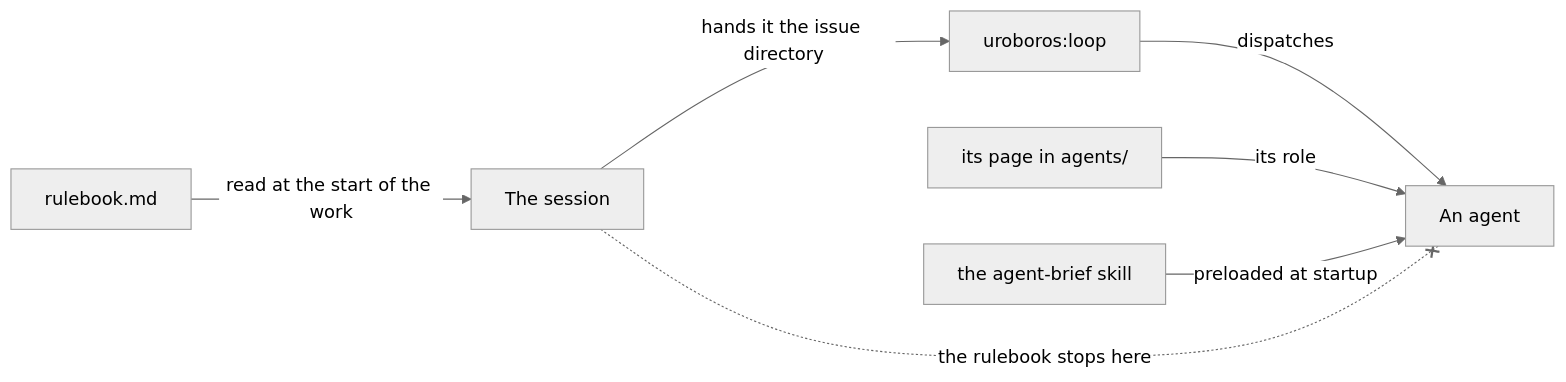
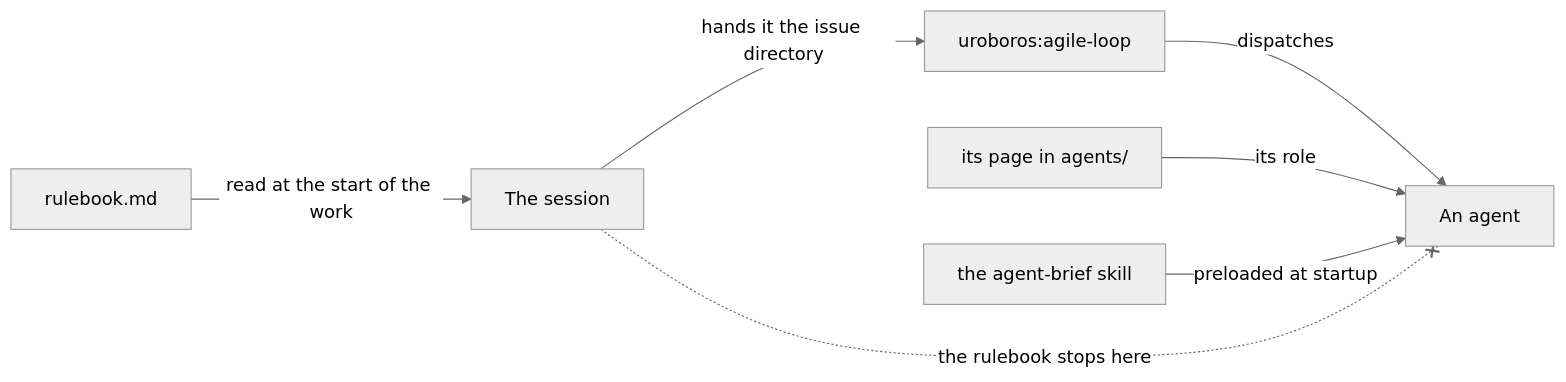
Before and after one commit to artkoenig/athena: the third of 4 diagrams in README.md, drawn with Mermaid (neutral theme). The commit also changed other lines of this file and 10 other files, not shown here.

````diff
--- a/README.md
+++ b/README.md
@@ -177,9 +177,9 @@
 ```mermaid
 flowchart LR
     RB["rulebook.md"] -->|"read at the start of the work"| S["The session"]
-    S -->|"hands it the issue directory"| WF["uroboros:loop"]
+    S -->|"hands it the issue directory"| WF["uroboros:agile-loop"]
     WF -->|"dispatches"| A["An agent"]
     PAGE["its page in agents/"] -->|"its role"| A
     BRIEF["the agent-brief skill"] -->|"preloaded at startup"| A
     S -. "the rulebook stops here" .-x A
 ```
````
